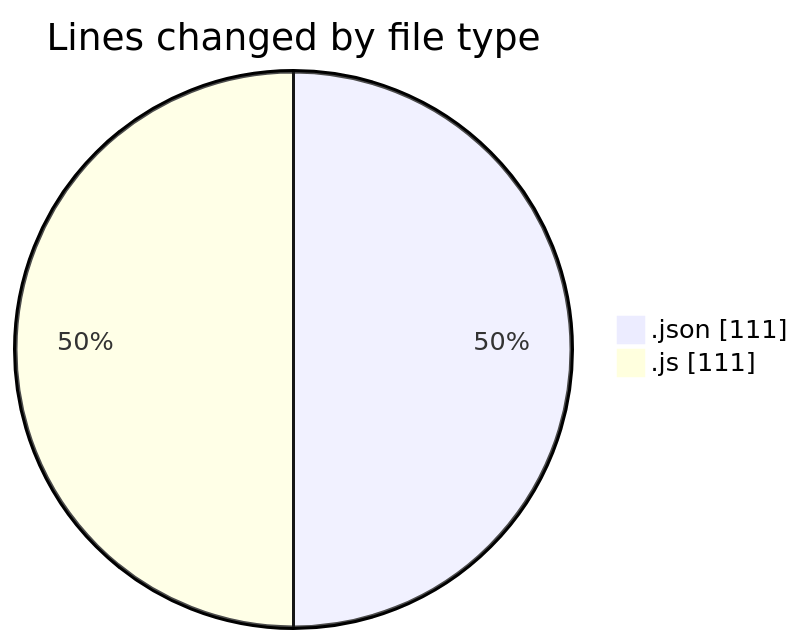
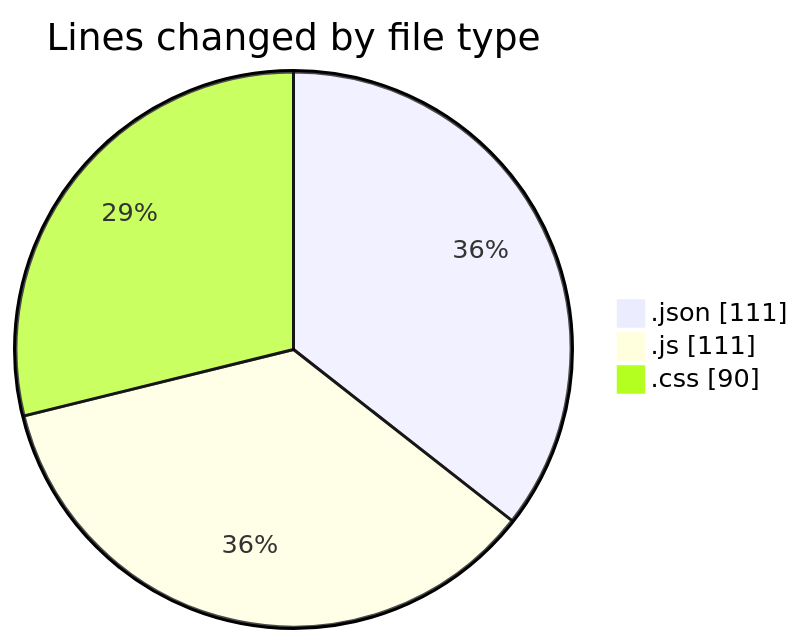
The first of 2 diagrams in 2025-03-13/ai_agent/README.md (donsfak/code-tracking), drawn with Mermaid before and after one commit. The commit also changed other lines of this file and 1 other file, not shown here.

````diff
--- a/2025-03-13/ai_agent/README.md
+++ b/2025-03-13/ai_agent/README.md
@@ -21,6 +22,7 @@
 ```mermaid
 pie showData
 title Lines changed by file type
 ".json" : 111
 ".js" : 111
+".css" : 90
 ```
````
